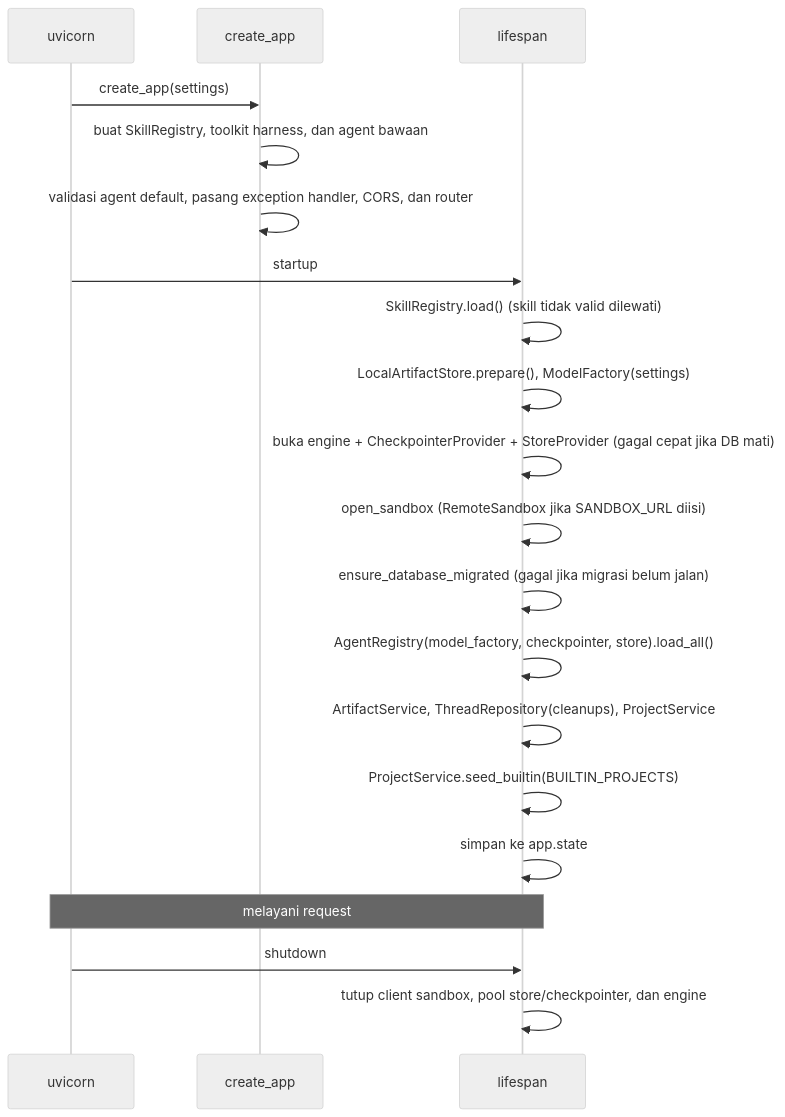
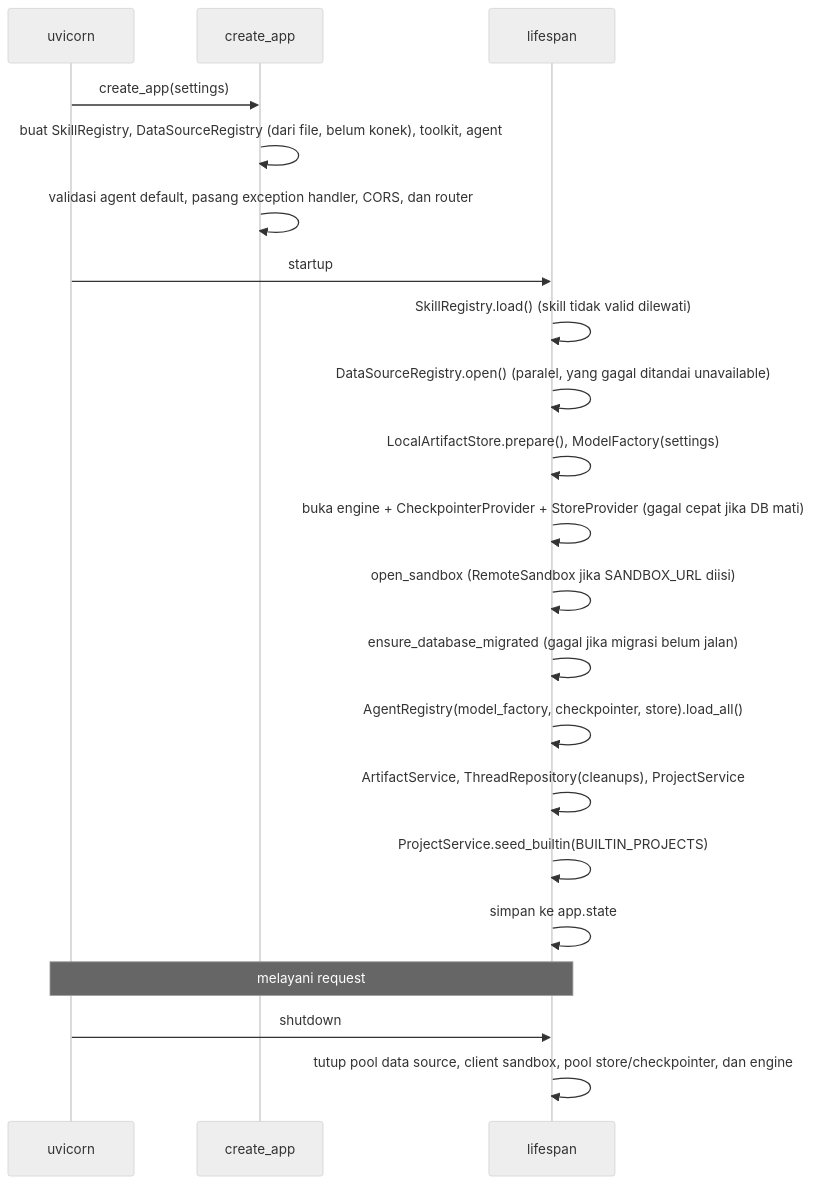
The first of 2 diagrams in docs/ARCHITECTURE.md (nurgoni/langgraph-agent), drawn with Mermaid (neutral theme) before and after one commit. The commit also changed other lines of this file and 7 other files, not shown here.

First line of the commit message:
docs: record F39 data source decisions

````diff
--- a/docs/ARCHITECTURE.md
+++ b/docs/ARCHITECTURE.md
@@ -81,22 +87,23 @@
 ```mermaid
 sequenceDiagram
     participant U as uvicorn
     participant A as create_app
     participant L as lifespan
     U->>A: create_app(settings)
-    A->>A: buat SkillRegistry, toolkit harness, dan agent bawaan
+    A->>A: buat SkillRegistry, DataSourceRegistry (dari file, belum konek), toolkit, agent
     A->>A: validasi agent default, pasang exception handler, CORS, dan router
     U->>L: startup
     L->>L: SkillRegistry.load() (skill tidak valid dilewati)
+    L->>L: DataSourceRegistry.open() (paralel, yang gagal ditandai unavailable)
     L->>L: LocalArtifactStore.prepare(), ModelFactory(settings)
     L->>L: buka engine + CheckpointerProvider + StoreProvider (gagal cepat jika DB mati)
     L->>L: open_sandbox (RemoteSandbox jika SANDBOX_URL diisi)
     L->>L: ensure_database_migrated (gagal jika migrasi belum jalan)
     L->>L: AgentRegistry(model_factory, checkpointer, store).load_all()
     L->>L: ArtifactService, ThreadRepository(cleanups), ProjectService
     L->>L: ProjectService.seed_builtin(BUILTIN_PROJECTS)
     L->>L: simpan ke app.state
     Note over U,L: melayani request
     U->>L: shutdown
-    L->>L: tutup client sandbox, pool store/checkpointer, dan engine
+    L->>L: tutup pool data source, client sandbox, pool store/checkpointer, dan engine
 ```
````
